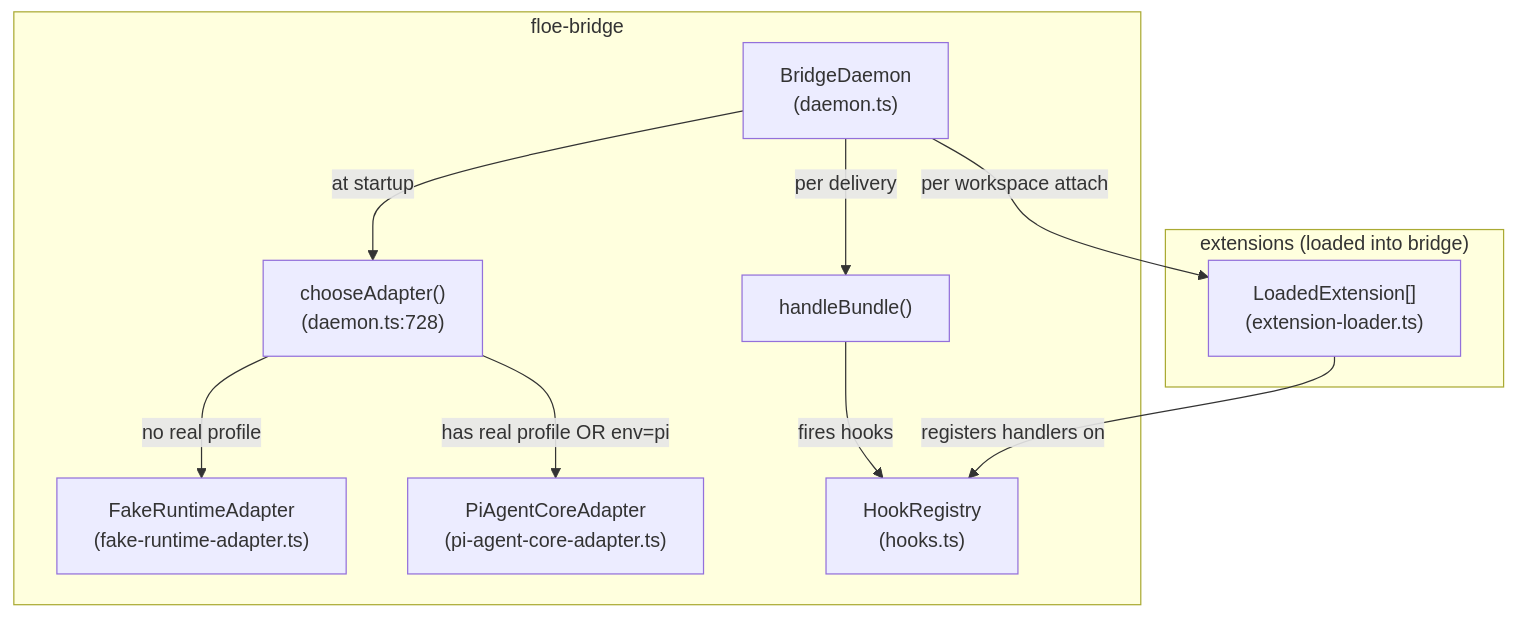
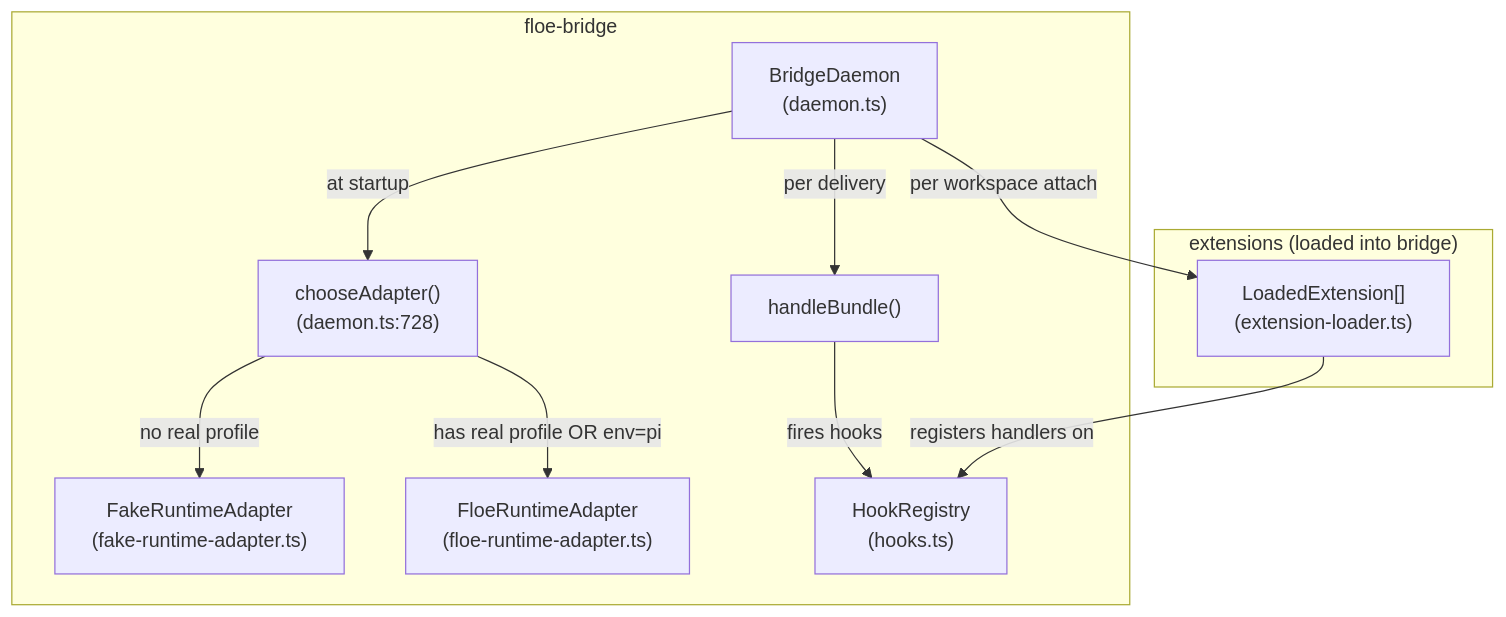
Before and after one commit to floe-ai/floe-substrate: the fifth of 8 diagrams in docs/architecture/overview.md, drawn with Mermaid. The commit also changed other lines of this file and 3 other files, not shown here.

````diff
--- a/docs/architecture/overview.md
+++ b/docs/architecture/overview.md
@@ -205,24 +205,24 @@
 ```mermaid
 graph TD
     subgraph BRIDGE["floe-bridge"]
         BD["BridgeDaemon\n(daemon.ts)"]
         CA["chooseAdapter()\n(daemon.ts:728)"]
         FA["FakeRuntimeAdapter\n(fake-runtime-adapter.ts)"]
-        PA["PiAgentCoreAdapter\n(pi-agent-core-adapter.ts)"]
+        PA["FloeRuntimeAdapter\n(floe-runtime-adapter.ts)"]
         HR["HookRegistry\n(hooks.ts)"]
         TURN["handleBundle()"]
     end
 
     subgraph EXTS["extensions (loaded into bridge)"]
         EXT["LoadedExtension[]\n(extension-loader.ts)"]
     end
 
     BD -->|"at startup"| CA
     CA -->|"no real profile"| FA
     CA -->|"has real profile OR env=pi"| PA
 
     BD -->|"per workspace attach"| EXT
     EXT -->|"registers handlers on"| HR
     BD -->|"per delivery"| TURN
     TURN -->|"fires hooks"| HR
 ```
````
